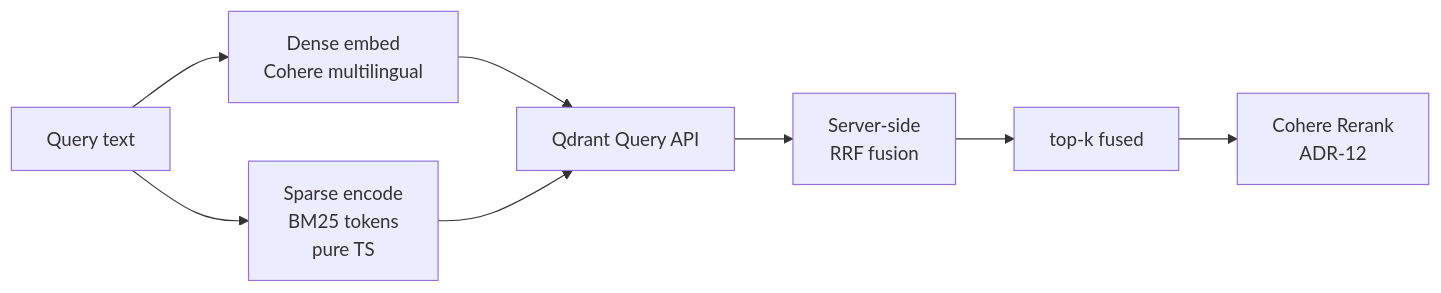
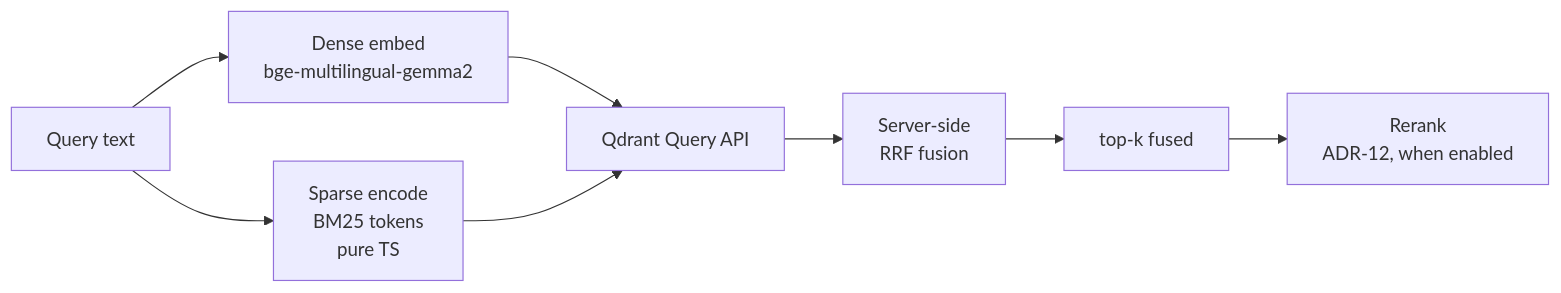
Before and after one commit to webamigos/RagenAI: the third of 3 diagrams in docs/rag-pipeline.md, drawn with Mermaid. The commit also changed other lines of this file and 12 other files, not shown here.

````diff
--- a/docs/rag-pipeline.md
+++ b/docs/rag-pipeline.md
@@ -38,10 +35,10 @@
 ```mermaid
 flowchart LR
-    Q[Query text] --> D[Dense embed<br/>Cohere multilingual]
+    Q[Query text] --> D[Dense embed<br/>bge-multilingual-gemma2]
     Q --> S[Sparse encode<br/>BM25 tokens<br/>pure TS]
     D --> P[Qdrant Query API]
     S --> P
     P --> RRF[Server-side<br/>RRF fusion]
     RRF --> K[top-k fused]
-    K --> C[Cohere Rerank<br/>ADR-12]
+    K --> C[Rerank<br/>ADR-12, when enabled]
 ```
````
